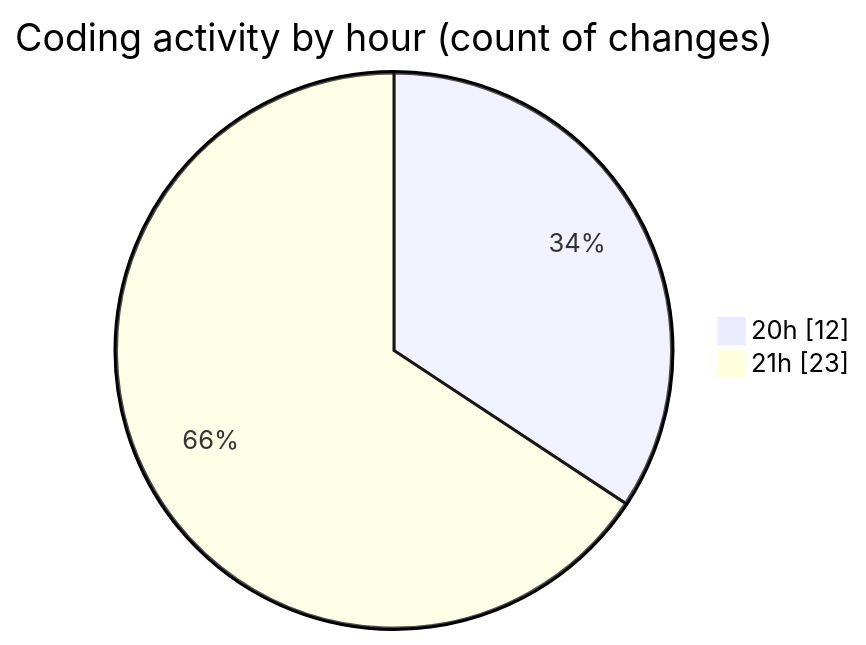
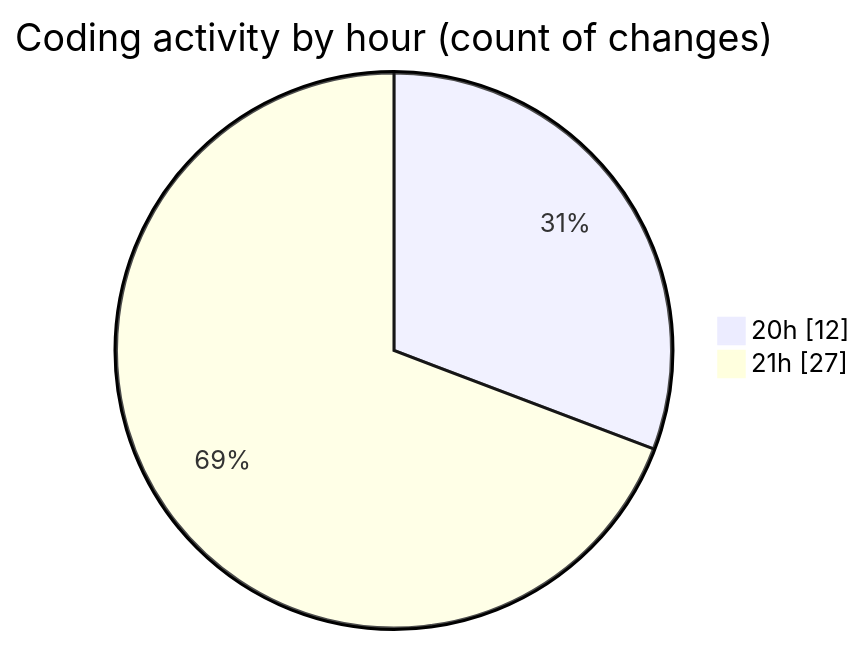
The second of 2 diagrams in 2025-04-24/echo/README.md (Netris89/code-tracking), drawn with Mermaid before and after one commit. The commit also changed other lines of this file and 1 other file, not shown here.

````diff
--- a/2025-04-24/echo/README.md
+++ b/2025-04-24/echo/README.md
@@ -30,6 +30,6 @@
 ```mermaid
 pie showData
 title Coding activity by hour (count of changes)
 "20h" : 12
-"21h" : 23
+"21h" : 27
 ```
````
